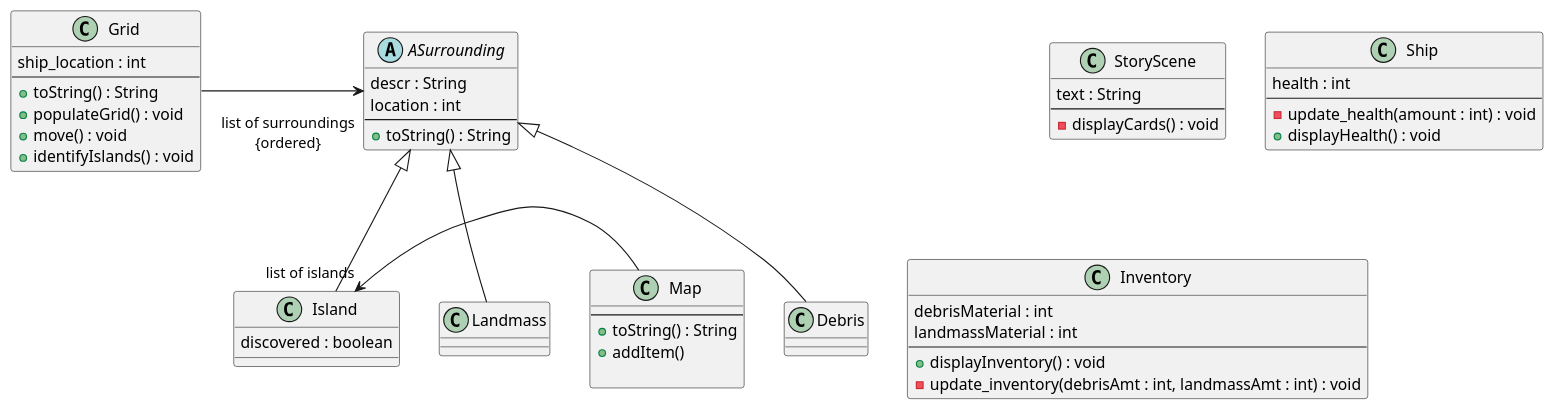
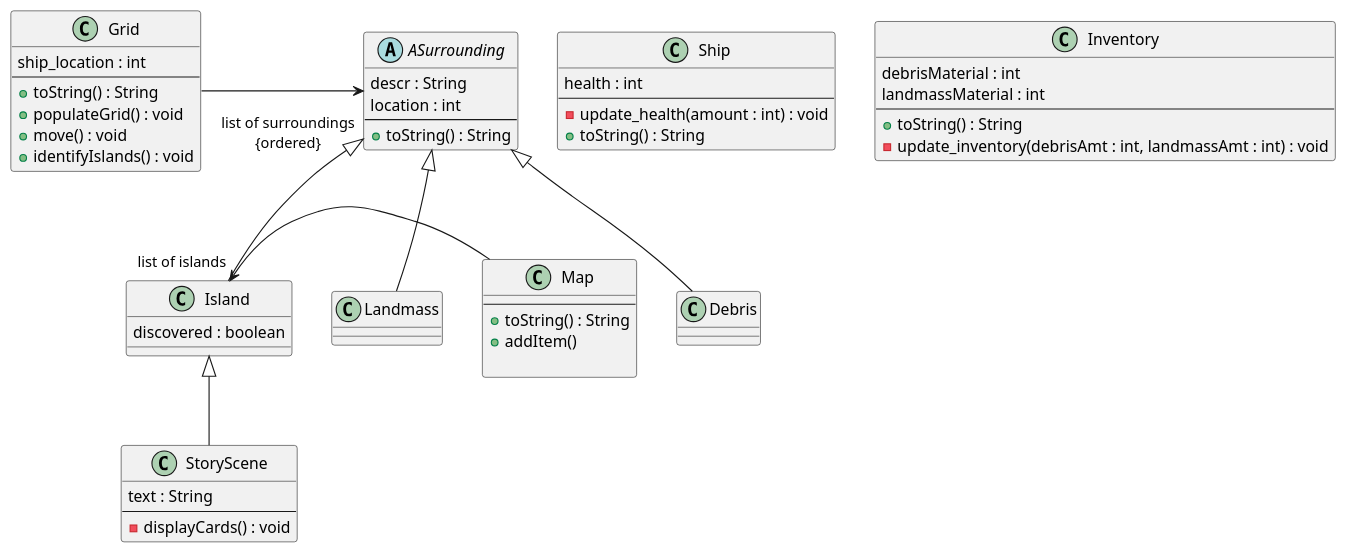
One commit to emutchek/MaraudersAtSea changed the diagram in CMPU_203_PirateGame/doc/design.md. Above: the diagram before and after it, drawn with PlantUML.

Commit message:
small update to design class diagram

````diff
--- a/CMPU_203_PirateGame/doc/design.md
+++ b/CMPU_203_PirateGame/doc/design.md
@@ -1,60 +1,61 @@
 ```PlantUML
 @startuml
 
 class Grid {
     ship_location : int
     --
     +toString() : String
     +populateGrid() : void
     +move() : void
     +identifyIslands() : void
 }
 Grid ->  "\nlist of surroundings\n{ordered}" ASurrounding : \t\t\t\t
 
 abstract class ASurrounding {
     descr : String
     location : int 
     --
     +toString() : String
 }
 ASurrounding <|-- Island
 ASurrounding <|-- Landmass
 ASurrounding <|-- Debris
+Island <|-- StoryScene
 
 class Landmass {}
 class Debris {}
 class Island {
     discovered : boolean
 }
 
 
 class Map {
 --
     +toString() : String
     +addItem() 
 
 }
 Map ->  "\nlist of islands" Island : \t\t\t\t
 
 class StoryScene {
     text : String
     --
     -displayCards() : void
 }
 
 class Ship {
     health : int
     --
     -update_health(amount : int) : void
-    +displayHealth() : void
+    +toString() : String
 }
 
 class Inventory {
     debrisMaterial : int
     landmassMaterial : int 
     --
-    +displayInventory() : void
+    +toString() : String
     -update_inventory(debrisAmt : int, landmassAmt : int) : void
 }
 @enduml
 ```
````
